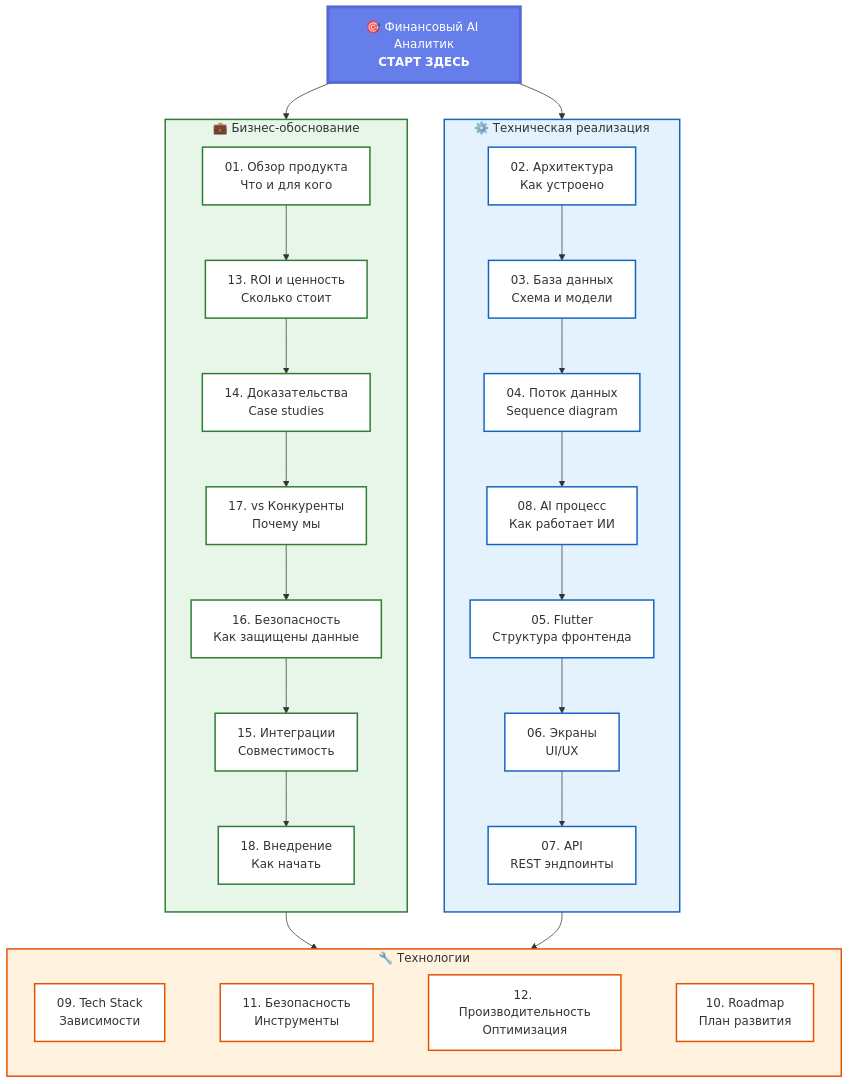
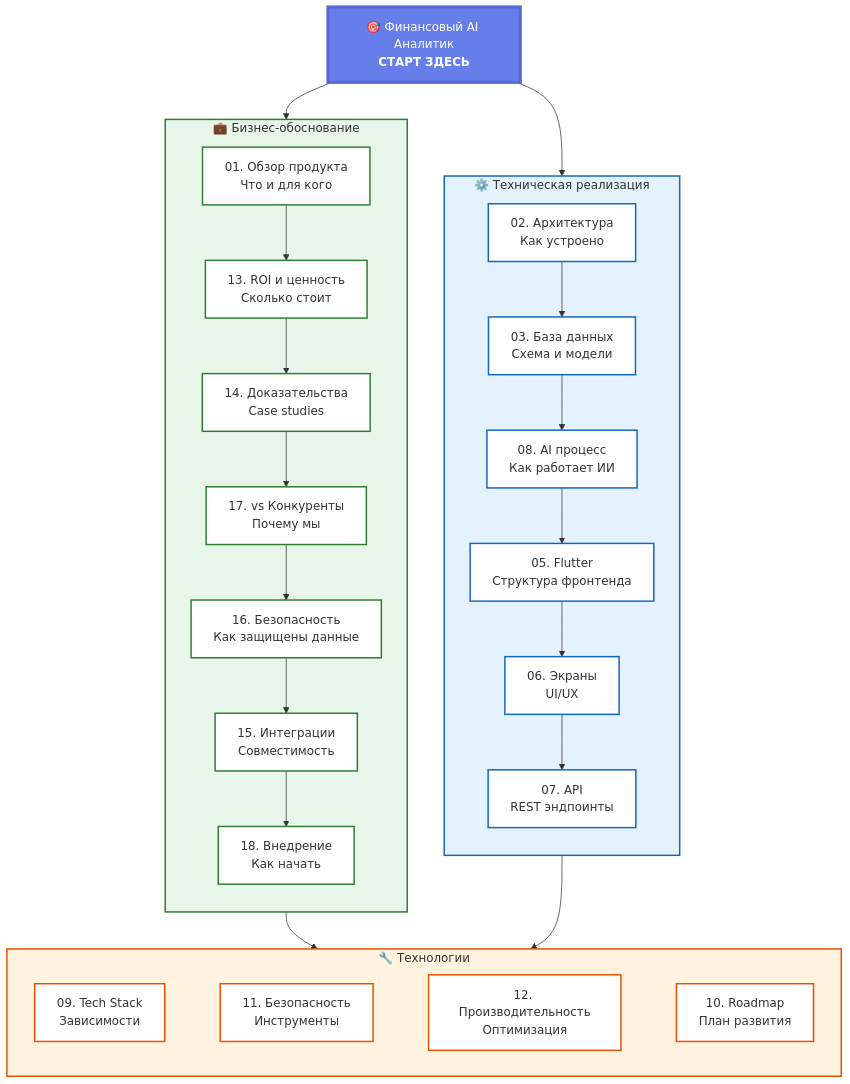
Before and after one commit to Ne4to777/financial-ai-analytics: the diagram in mindmap/diagrams/00-navigation.md, drawn with Mermaid. The commit also changed 6 other files, not shown here.

First line of the commit message:
remove: delete 04-data-flow diagram and update references

```diff
--- a/mindmap/diagrams/00-navigation.md
+++ b/mindmap/diagrams/00-navigation.md
@@ -27,14 +27,13 @@
         direction TB
         t1["02. Архитектура<br/>Как устроено"]
         t2["03. База данных<br/>Схема и модели"]
-        t3["04. Поток данных<br/>Sequence diagram"]
-        t4["08. AI процесс<br/>Как работает ИИ"]
-        t5["05. Flutter<br/>Структура фронтенда"]
-        t6["06. Экраны<br/>UI/UX"]
-        t7["07. API<br/>REST эндпоинты"]
+        t3["08. AI процесс<br/>Как работает ИИ"]
+        t4["05. Flutter<br/>Структура фронтенда"]
+        t5["06. Экраны<br/>UI/UX"]
+        t6["07. API<br/>REST эндпоинты"]
         
-        t1 --> t2 --> t3 --> t4
-        t4 --> t5 --> t6 --> t7
+        t1 --> t2 --> t3
+        t3 --> t4 --> t5 --> t6
     end
     
     subgraph tech ["🔧 Технологии"]
@@ -60,11 +59,10 @@
     
     click t1 "?diagram=02" "Архитектура системы"
     click t2 "?diagram=03" "База данных"
-    click t3 "?diagram=04" "Поток данных"
-    click t4 "?diagram=08" "AI процесс"
-    click t5 "?diagram=05" "Flutter структура"
-    click t6 "?diagram=06" "Экраны"
-    click t7 "?diagram=07" "API"
+    click t3 "?diagram=08" "AI процесс"
+    click t4 "?diagram=05" "Flutter структура"
+    click t5 "?diagram=06" "Экраны"
+    click t6 "?diagram=07" "API"
     
     click tech1 "?diagram=09" "Tech Stack"
     click tech2 "?diagram=11" "Безопасность"
@@ -90,7 +88,6 @@
     style t4 fill:#fff,stroke:#1565c0,stroke-width:2px,cursor:pointer
     style t5 fill:#fff,stroke:#1565c0,stroke-width:2px,cursor:pointer
     style t6 fill:#fff,stroke:#1565c0,stroke-width:2px,cursor:pointer
-    style t7 fill:#fff,stroke:#1565c0,stroke-width:2px,cursor:pointer
     
     style tech1 fill:#fff,stroke:#e65100,stroke-width:2px,cursor:pointer
     style tech2 fill:#fff,stroke:#e65100,stroke-width:2px,cursor:pointer
```
